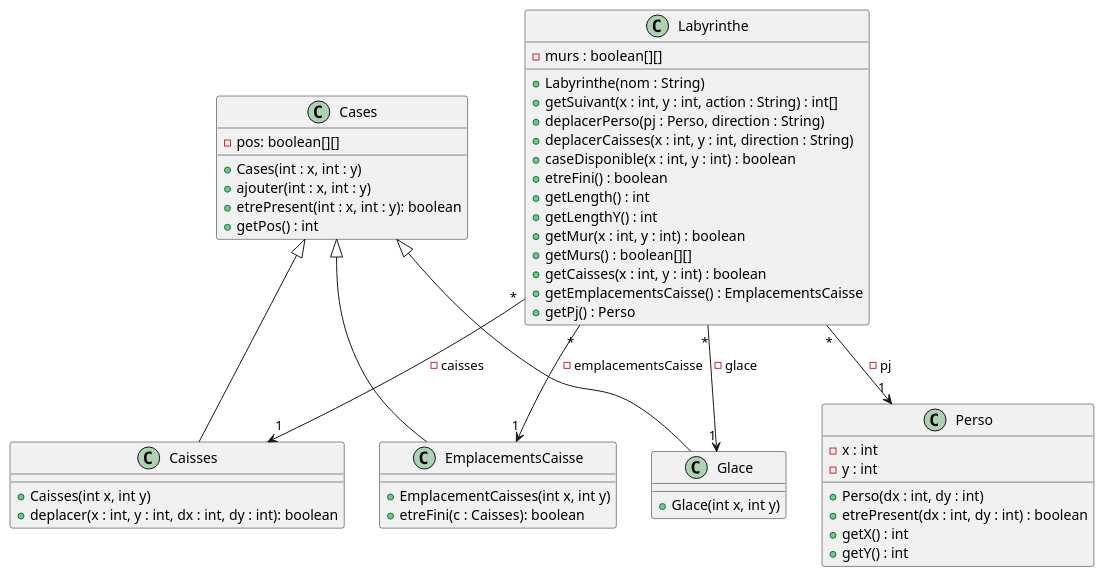
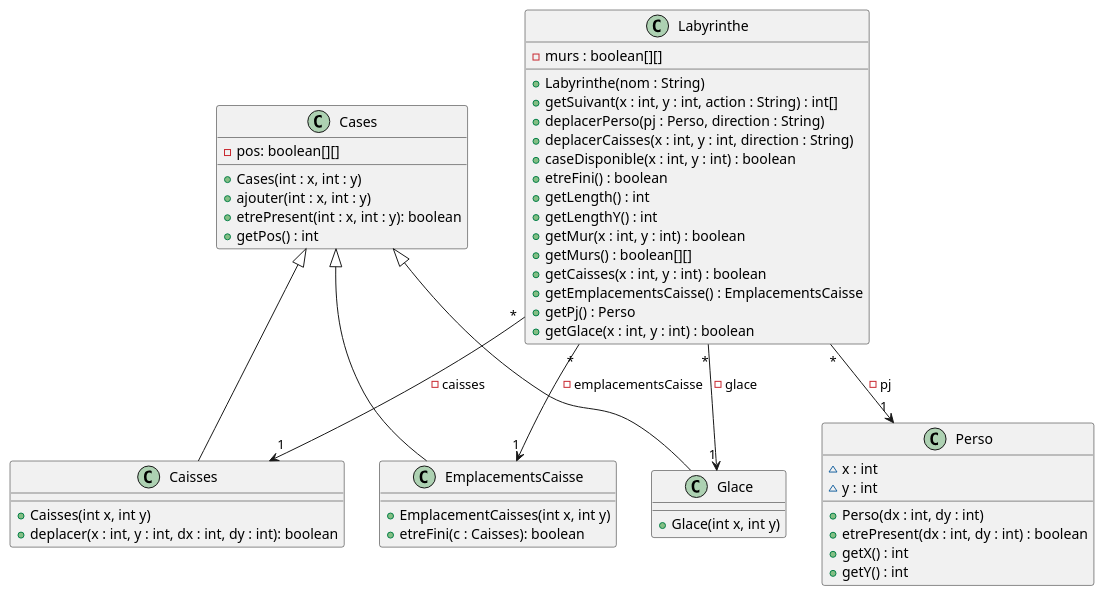
One commit to Flotss/Zeldiablo changed the diagram in documents/version_4/Modification du diagramme de classe de Labyrinthe.puml. Above: the diagram before and after it, drawn with PlantUML.

Commit message:
update diagramme de classe labyrinthe

```diff
--- a/documents/version_4/Modification du diagramme de classe de Labyrinthe.puml
+++ b/documents/version_4/Modification du diagramme de classe de Labyrinthe.puml
@@ -1,61 +1,62 @@
 @startuml
 
 class Labyrinthe{
     - murs : boolean[][]
     + Labyrinthe(nom : String)
     + getSuivant(x : int, y : int, action : String) : int[]
     + deplacerPerso(pj : Perso, direction : String)
     + deplacerCaisses(x : int, y : int, direction : String)
     + caseDisponible(x : int, y : int) : boolean
     + etreFini() : boolean
     + getLength() : int
     + getLengthY() : int
     + getMur(x : int, y : int) : boolean
     + getMurs() : boolean[][]
     + getCaisses(x : int, y : int) : boolean
     + getEmplacementsCaisse() : EmplacementsCaisse
     + getPj() : Perso
+    + getGlace(x : int, y : int) : boolean
 }
 
 class Cases{
     - pos: boolean[][]
     + Cases(int : x, int : y)
     + ajouter(int : x, int : y)
     + etrePresent(int : x, int : y): boolean
     + getPos() : int
 }
 
 class Caisses {
     + Caisses(int x, int y)
     + deplacer(x : int, y : int, dx : int, dy : int): boolean
 }
 
 class EmplacementsCaisse {
     + EmplacementCaisses(int x, int y)
     + etreFini(c : Caisses): boolean
 }
 
 class Glace {
     + Glace(int x, int y)
 }
 
 class Perso {
-    - x : int
-    - y : int
+    ~ x : int
+    ~ y : int
     + Perso(dx : int, dy : int)
     + etrePresent(dx : int, dy : int) : boolean
     + getX() : int
     + getY() : int
 }
 Labyrinthe "*" --> "1" Perso : - pj
 
 Labyrinthe "*" --> "1" Caisses : - caisses
 
 Labyrinthe "*" --> "1" Glace : - glace
 
 Labyrinthe "*" --> "1" EmplacementsCaisse : - emplacementsCaisse
 
 Cases <|-- Caisses
 Cases <|-- EmplacementsCaisse
 Cases <|-- Glace
 @enduml
```
